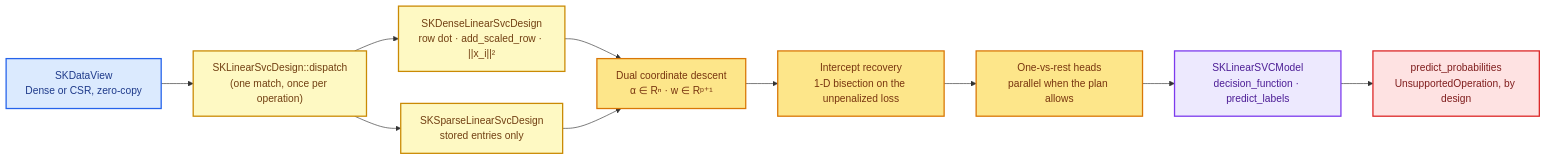
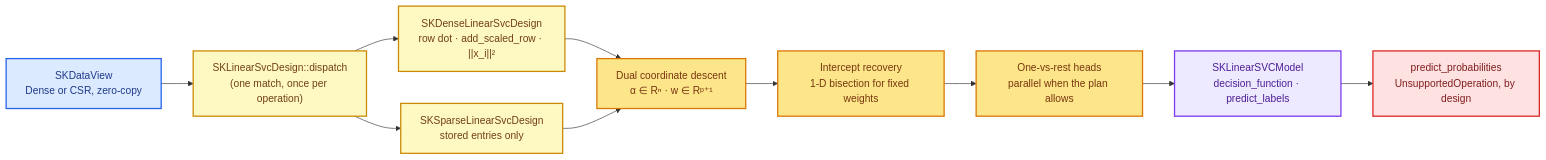
Before and after one commit to neurono-ml/sciencekit: the diagram in docs/src/development-explained/ch59-svm-linear-svc.md, drawn with Mermaid. The commit also changed other lines of this file, not shown here.

Commit message:
docs(book): correct the intercept and tolerance story for the linear SVC

````diff
--- a/docs/src/development-explained/ch59-svm-linear-svc.md
+++ b/docs/src/development-explained/ch59-svm-linear-svc.md
@@ -21,24 +21,24 @@
 ```mermaid
 flowchart LR
     accTitle: End-to-end flow of SKLinearSVC from data views to confidence margins
-    accDescr: A borrowed dense view or a borrowed CSR view enters one-time representation dispatch. The dispatched design answers row dots and scaled-row accumulation over stored entries only. The dual coordinate-descent solver keeps an O(n) dual vector and an O(p) coefficient vector, then re-optimizes the unpenalized intercept. One-vs-rest heads are fitted in parallel and assembled into SKLinearSVCModel, which exposes decision_function and deterministic labels but deliberately refuses probabilities.
+    accDescr: A borrowed dense view or a borrowed CSR view enters one-time representation dispatch. The dispatched design answers row dots and scaled-row accumulation over stored entries only. The dual coordinate-descent solver keeps an O(n) dual vector and an O(p) coefficient vector, then re-optimizes the intercept by 1-D bisection for the fitted weights. One-vs-rest heads are fitted in parallel and assembled into SKLinearSVCModel, which exposes decision_function and deterministic labels but deliberately refuses probabilities.
     A["SKDataView<br/>Dense or CSR, zero-copy"] --> B["SKLinearSvcDesign::dispatch<br/>(one match, once per operation)"]
     B --> C["SKDenseLinearSvcDesign<br/>row dot · add_scaled_row · ||x_i||²"]
     B --> D["SKSparseLinearSvcDesign<br/>stored entries only"]
     C --> E["Dual coordinate descent<br/>α ∈ Rⁿ · w ∈ Rᵖ⁺¹"]
     D --> E
-    E --> F["Intercept recovery<br/>1-D bisection on the unpenalized loss"]
+    E --> F["Intercept recovery<br/>1-D bisection for fixed weights"]
     F --> G["One-vs-rest heads<br/>parallel when the plan allows"]
     G --> H["SKLinearSVCModel<br/>decision_function · predict_labels"]
     H --> I["predict_probabilities<br/>UnsupportedOperation, by design"]
     classDef input fill:#dbeafe,stroke:#2563eb,stroke-width:2px,color:#1e3a8a
     classDef design fill:#fef9c3,stroke:#ca8a04,stroke-width:2px,color:#713f12
     classDef solver fill:#fde68a,stroke:#d97706,stroke-width:2px,color:#78350f
     classDef state fill:#ede9fe,stroke:#7c3aed,stroke-width:2px,color:#4c1d95
     classDef refusal fill:#fee2e2,stroke:#dc2626,stroke-width:2px,color:#7f1d1d
     class A input
     class B,C,D design
     class E,F,G solver
     class H state
     class I refusal
 ```
````
